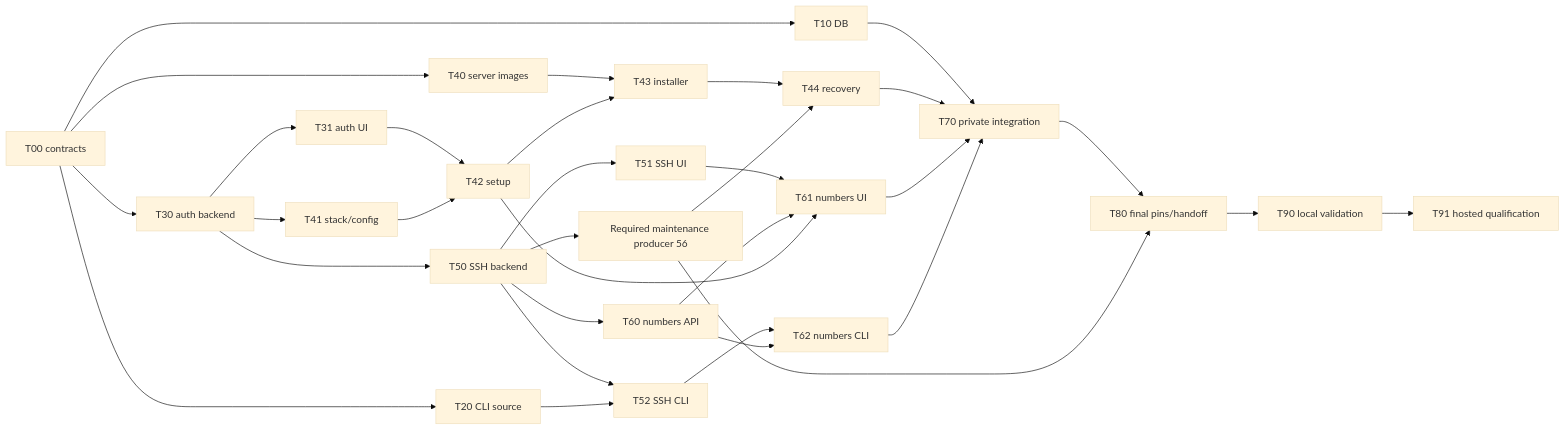
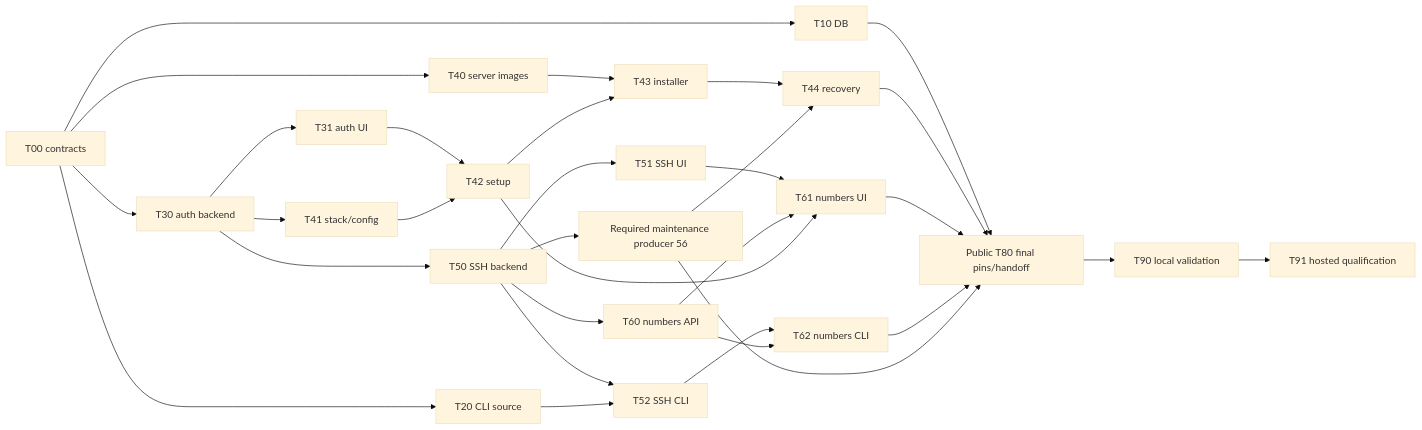
Before and after one commit to muniventures/minicloud: the diagram in docs/specs/pre-v1-release/0.execution-plan.md, drawn with Mermaid (base theme). The commit also changed other lines of this file and 4 other files, not shown here.

First line of the commit message:
docs: defer private integration and unblock public candidate handoff

````diff
--- a/docs/specs/pre-v1-release/0.execution-plan.md
+++ b/docs/specs/pre-v1-release/0.execution-plan.md
@@ -59,34 +59,33 @@
 ```mermaid
 flowchart LR
   C[T00 contracts] --> D[T10 DB]
   C --> L[T20 CLI source]
   C --> A[T30 auth backend]
   A --> U[T31 auth UI]
   C --> I[T40 server images]
   A --> F[T41 stack/config]
   A --> K[T50 SSH backend]
   K --> KU[T51 SSH UI]
   K --> KC[T52 SSH CLI]
   K --> N[T60 numbers API]
   U --> B[T42 setup]
   F --> B
   I --> S[T43 installer]
   B --> S
   S --> R[T44 recovery]
   K --> M[Required maintenance producer 56]
   M --> R
   KU --> NU[T61 numbers UI]
   N --> NU
   B --> NU
   KC --> NC[T62 numbers CLI]
   N --> NC
   L --> KC
-  D --> O[T70 private integration]
-  R --> O
-  NU --> O
-  NC --> O
-  O --> P[T80 final pins/handoff]
+  D --> P[Public T80 final pins/handoff]
+  R --> P
+  NU --> P
+  NC --> P
   M --> P
   P --> V[T90 local validation]
   V --> H[T91 hosted qualification]
 ```
````
